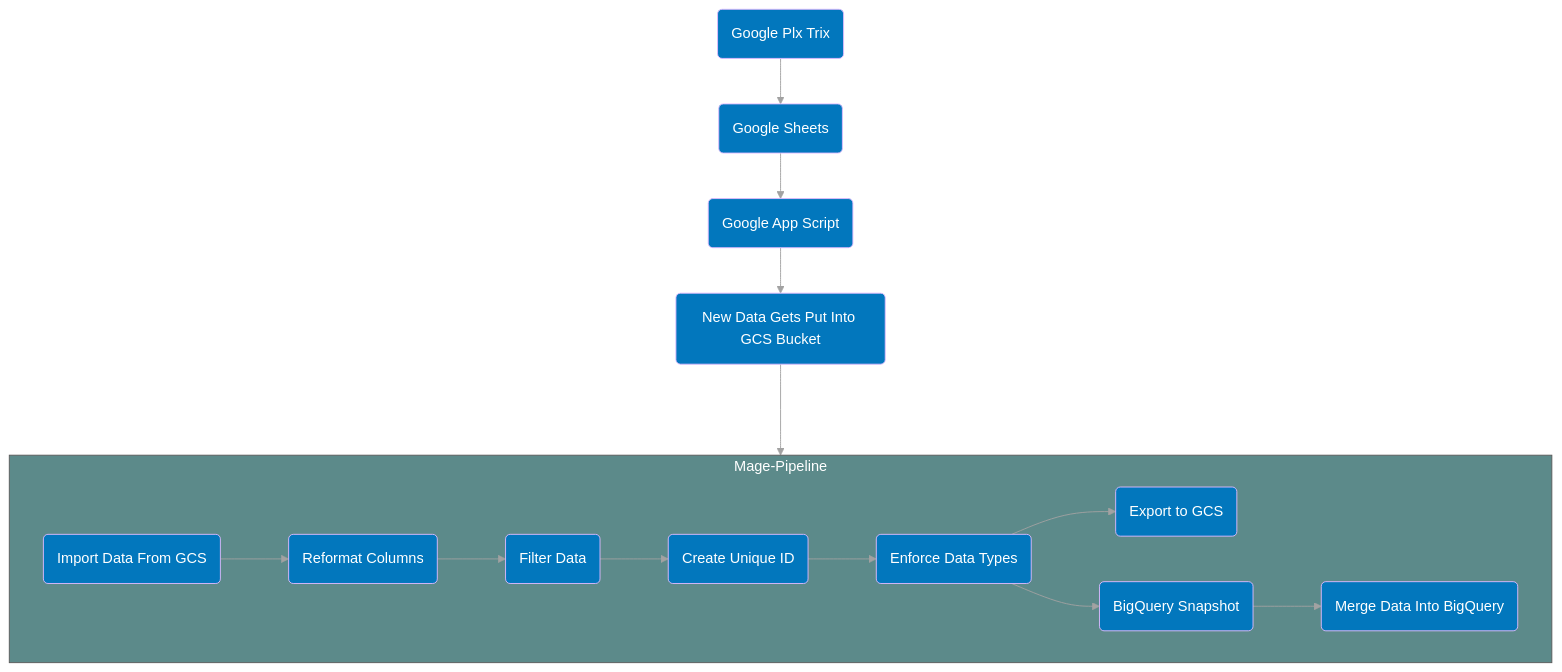
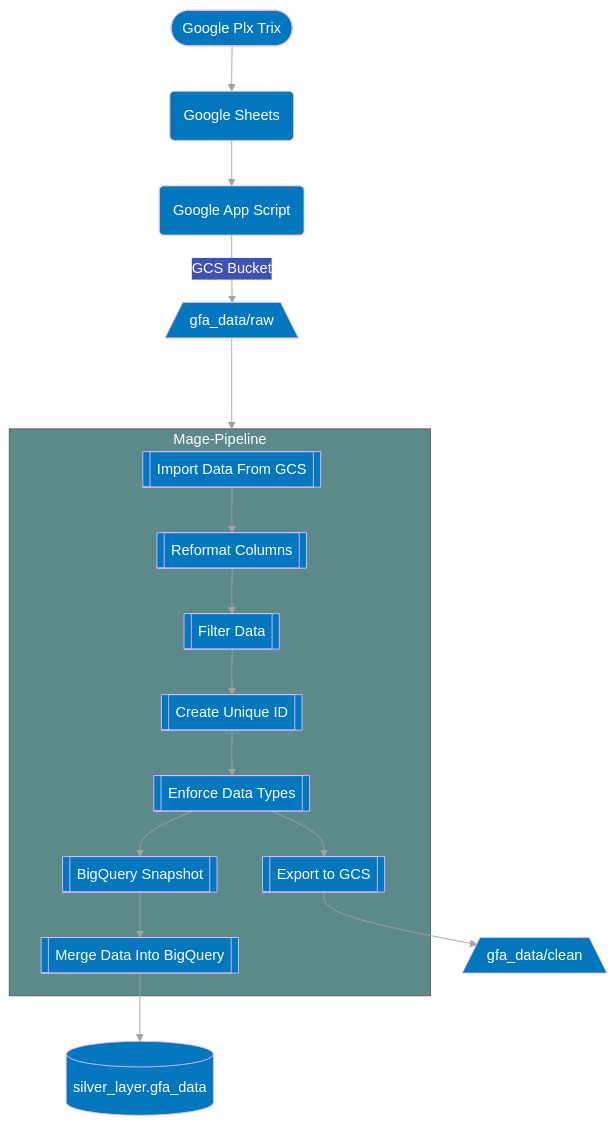
Before and after one commit to CarrierOps/1P-Wiki: the diagram in documentation/pipelines/gfa.md, drawn with Mermaid. The commit also changed other lines of this file and 7 other files, not shown here.

````diff
--- a/documentation/pipelines/gfa.md
+++ b/documentation/pipelines/gfa.md
@@ -15,37 +15,41 @@
 ```mermaid
 %%{
   init: {
     'theme': 'base',
     'themeVariables': {
       'primaryColor': '#0277bd',
       'primaryTextColor': '#ffffff',
       'primaryBorderColor': '#e0bbff',
       'lineColor': '#a2a2a2',
       'secondaryColor': '#3f51b5',
       'tertiaryColor': '#5c8a8a',
       'tertiaryTextColor': '#ffffff'
     }
   }
 }%%
 
 
 flowchart TD
-id0(Google Plx Trix)
+id0([Google Plx Trix])
 id0000(Google Sheets)
 id00(Google App Script)
-id000(New Data Gets Put Into GCS Bucket)
+id000[/gfa_data/raw\]
 id0 --> id0000
 id0000 --> id00
-id00 --> id000
+id00--GCS Bucket --> id000
 
 subgraph Mage-Pipeline
-  id1(Import Data From GCS) --> id2(Reformat Columns)-->
-  id3(Filter Data) --> id4(Create Unique ID)-->
-  id5(Enforce Data Types)--> id6(Export to GCS )
-  id5(Enforce Data Types)--> id7(BigQuery Snapshot)-->
-  id8(Merge Data Into BigQuery)
+  id1[[Import Data From GCS]] --> id2[[Reformat Columns]]-->
+  id3[[Filter Data]] --> id4[[Create Unique ID]]-->
+  id5[[Enforce Data Types]]--> id6[[Export to GCS]]
+  id5[[Enforce Data Types]]--> id7[[BigQuery Snapshot]]-->
+  id8[[Merge Data Into BigQuery]] 
 end
+id8[[Merge Data Into BigQuery]] --> id9[(silver_layer.gfa_data)]
 
 id000 ---> Mage-Pipeline
 
+id10[/gfa_data/clean\]
+id6 -->id10
+
 ```
````
